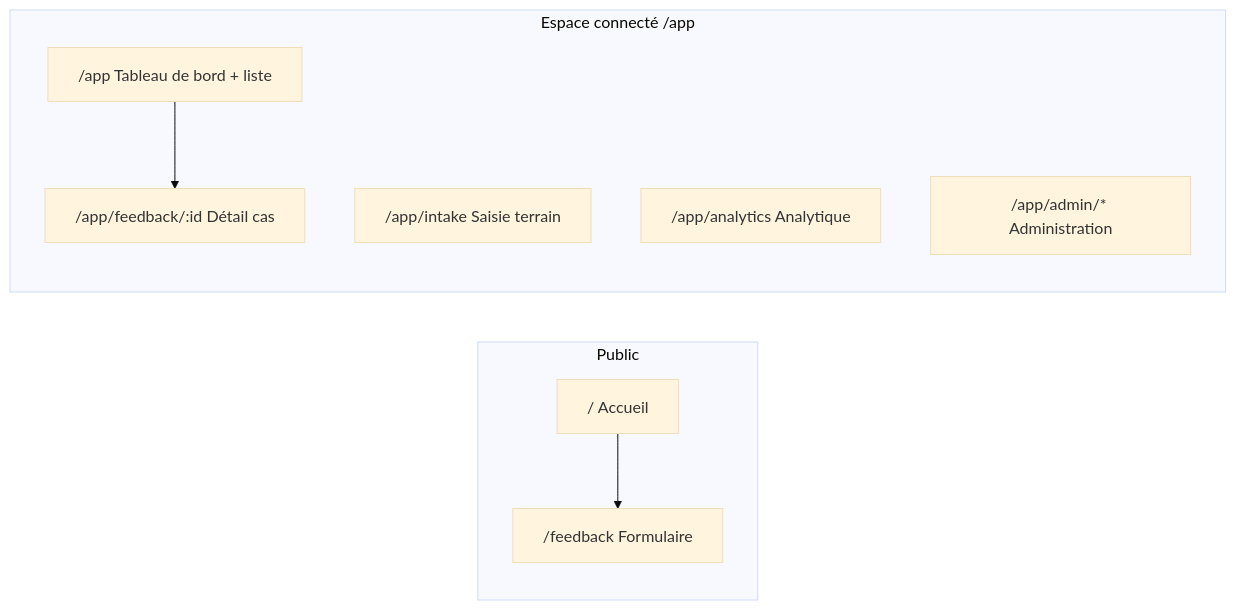
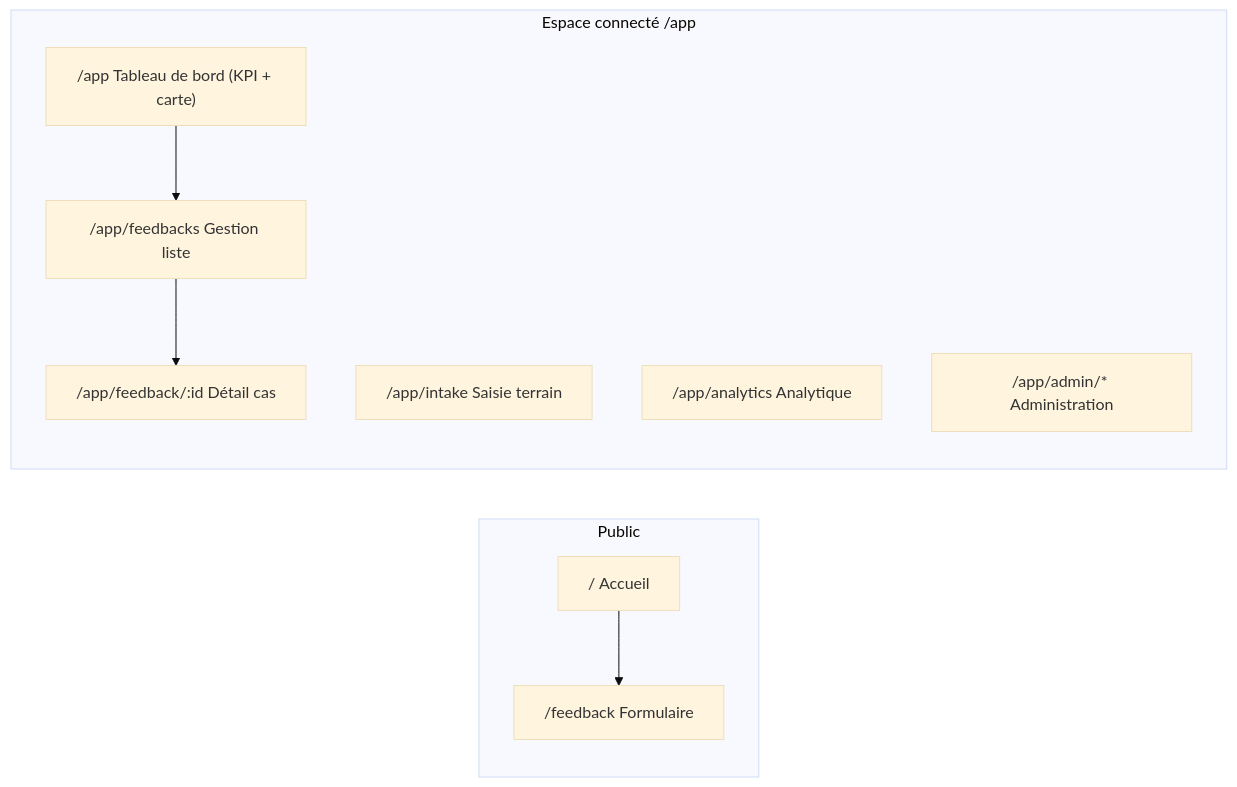
The diagram in docs/wireframes/CFRM_HUB_WIREFRAMES.md (yaroing/cfrmhub), drawn with Mermaid (base theme) before and after one commit. The commit also changed other lines of this file and 6 other files, not shown here.

First line of the commit message:
feat: page Gestion des retours (/app/feedbacks), tableau de bord allégé

````diff
--- a/docs/wireframes/CFRM_HUB_WIREFRAMES.md
+++ b/docs/wireframes/CFRM_HUB_WIREFRAMES.md
@@ -6,16 +6,18 @@
 ```mermaid
 flowchart LR
   subgraph public [Public]
     H["/ Accueil"]
     F["/feedback Formulaire"]
   end
   subgraph app [Espace connecté /app]
-    D["/app Tableau de bord + liste"]
+    D["/app Tableau de bord (KPI + carte)"]
+    L["/app/feedbacks Gestion liste"]
     FD["/app/feedback/:id Détail cas"]
     INT["/app/intake Saisie terrain"]
     AN["/app/analytics Analytique"]
     AD["/app/admin/* Administration"]
   end
   H --> F
-  D --> FD
+  D --> L
+  L --> FD
 ```
````
